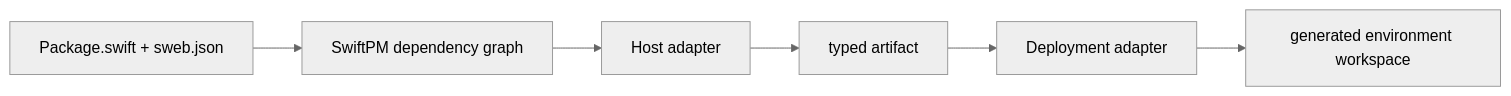
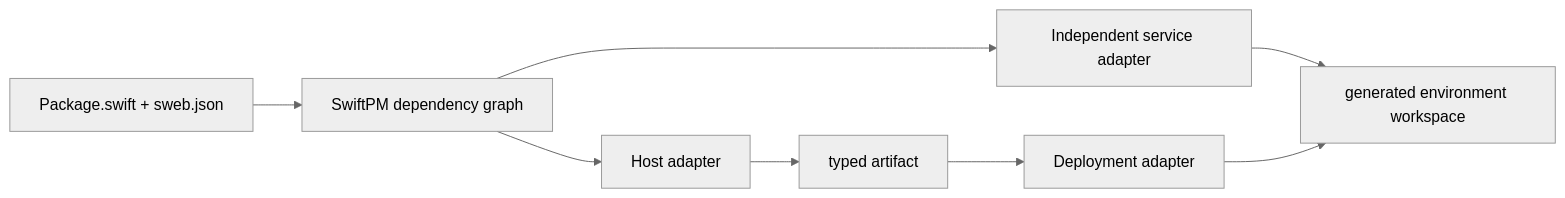
Before and after one commit to 1amageek/swift-web: the first of 3 diagrams in docs/AdapterContract.md, drawn with Mermaid (neutral theme). The commit also changed other lines of this file and 85 other files, not shown here.

````diff
--- a/docs/AdapterContract.md
+++ b/docs/AdapterContract.md
@@ -9,8 +9,10 @@
 ```mermaid
 flowchart LR
   Project["Package.swift + sweb.json"] --> Graph["SwiftPM dependency graph"]
   Graph --> Host["Host adapter"]
   Host --> Artifact["typed artifact"]
   Artifact --> Deployment["Deployment adapter"]
+  Graph --> Service["Independent service adapter"]
+  Service --> Environment
   Deployment --> Environment["generated environment workspace"]
 ```
````
